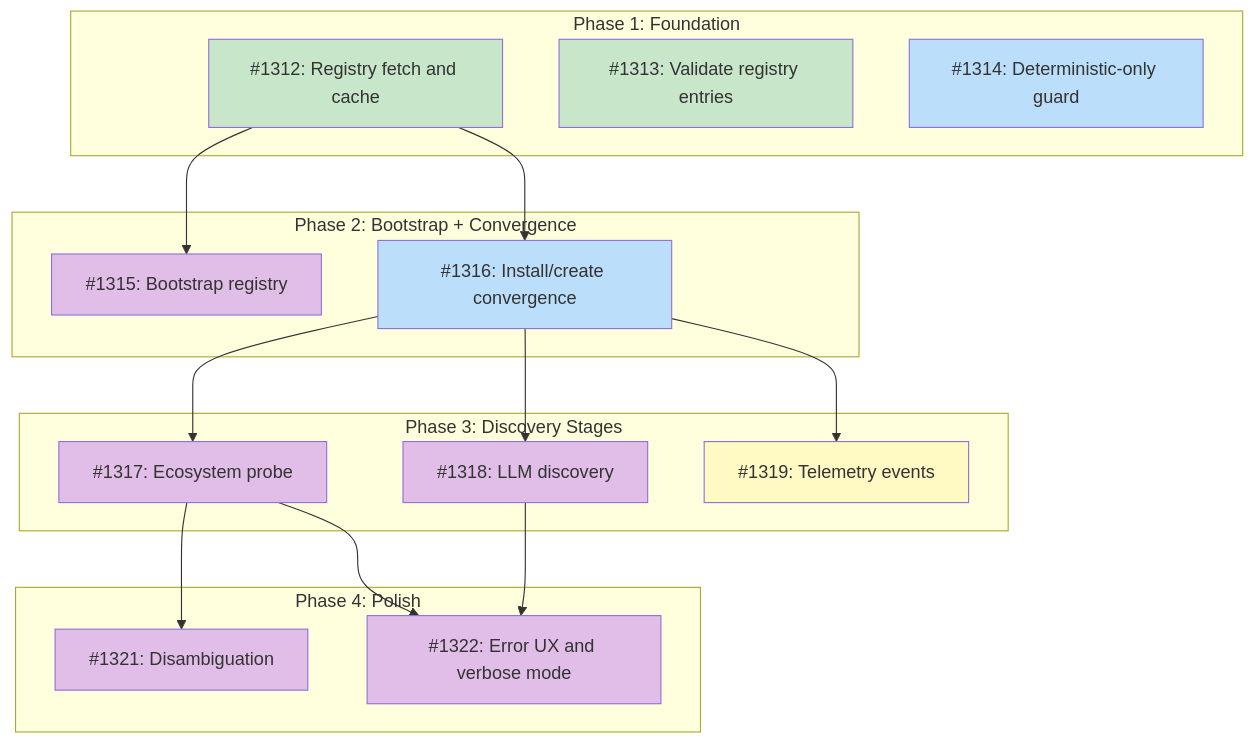
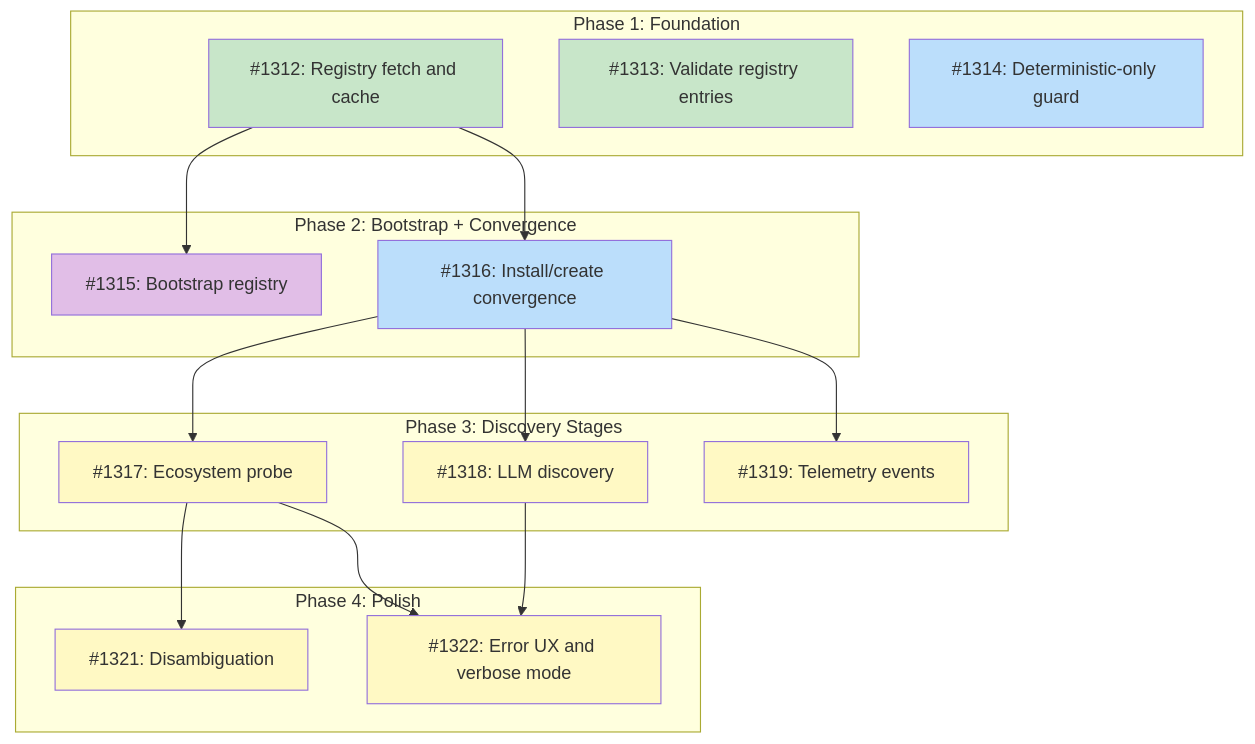
Before and after one commit to tsukumogami/tsuku: the diagram in docs/designs/DESIGN-discovery-resolver.md, drawn with Mermaid.

Commit message:
fix: correct diagram class for blocked nodes in discovery resolver
Nodes I1317, I1318, I1321, I1322 have open upstream dependencies so
they must use the 'blocked' class, not 'needsDesign'.

````diff
--- a/docs/designs/DESIGN-discovery-resolver.md
+++ b/docs/designs/DESIGN-discovery-resolver.md
@@ -58,44 +58,45 @@
 ```mermaid
 graph TD
     subgraph Phase1["Phase 1: Foundation"]
         I1312["#1312: Registry fetch and cache"]
         I1313["#1313: Validate registry entries"]
         I1314["#1314: Deterministic-only guard"]
     end
 
     subgraph Phase2["Phase 2: Bootstrap + Convergence"]
         I1315["#1315: Bootstrap registry"]
         I1316["#1316: Install/create convergence"]
     end
 
     subgraph Phase3["Phase 3: Discovery Stages"]
         I1317["#1317: Ecosystem probe"]
         I1318["#1318: LLM discovery"]
         I1319["#1319: Telemetry events"]
     end
 
     subgraph Phase4["Phase 4: Polish"]
         I1321["#1321: Disambiguation"]
         I1322["#1322: Error UX and verbose mode"]
     end
 
     I1312 --> I1315
     I1312 --> I1316
     I1316 --> I1317
     I1316 --> I1318
     I1316 --> I1319
     I1317 --> I1321
     I1317 --> I1322
     I1318 --> I1322
 
     classDef done fill:#c8e6c9
     classDef ready fill:#bbdefb
     classDef blocked fill:#fff9c4
     classDef needsDesign fill:#e1bee7
 
     class I1312,I1313 done
     class I1314 ready
     class I1319 blocked
     class I1316 ready
-    class I1315,I1317,I1318,I1321,I1322 needsDesign
+    class I1315 needsDesign
+    class I1317,I1318,I1321,I1322 blocked
 ```
````
